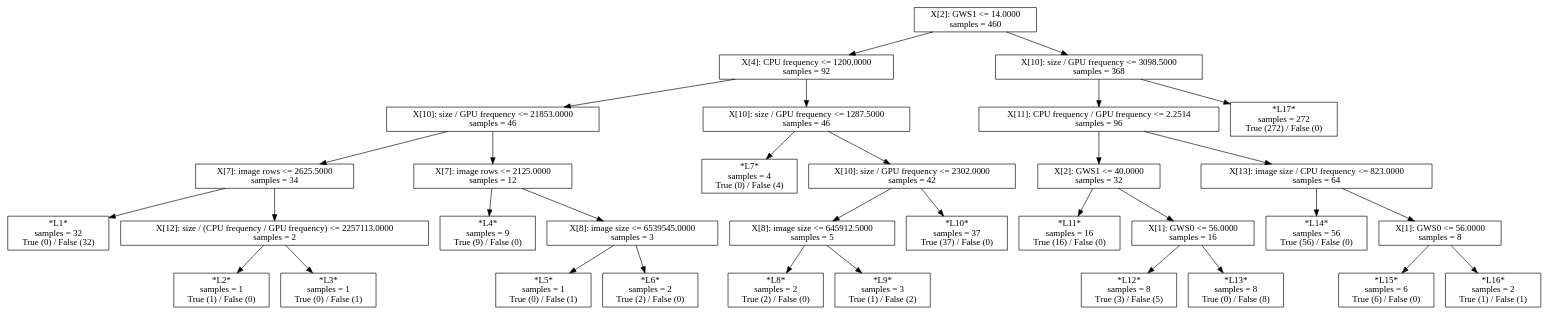
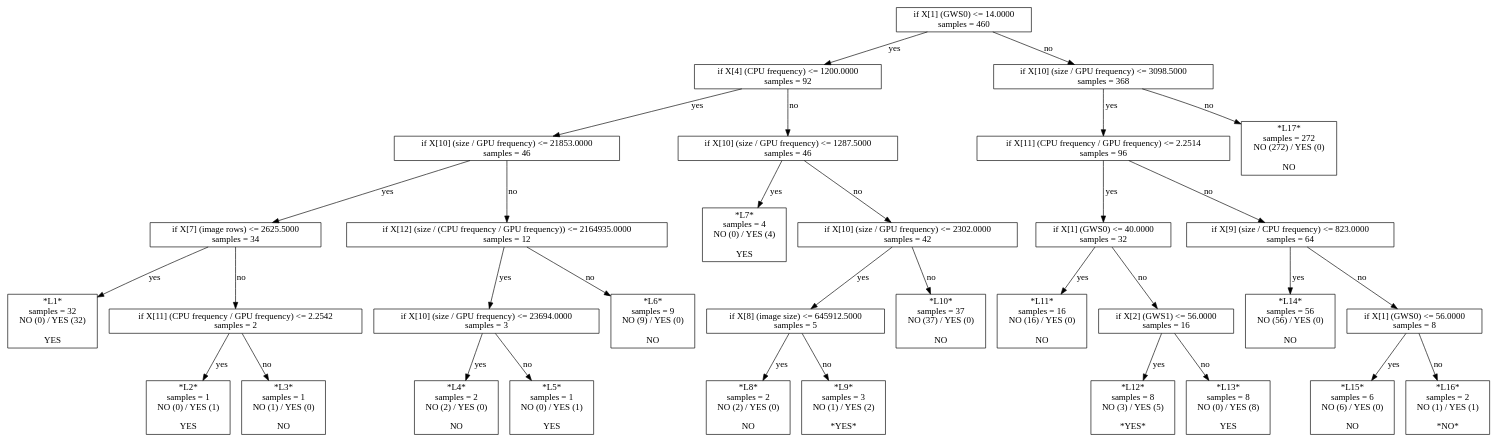
The diagram in script/reproduce-hog-modeling/t628-third-set-of-features-depth5/model-sklearn-dtc.model.dot (ctuning/reproduce-ck-paper-large-experiments), drawn with Graphviz before and after one commit. The commit also changed 199 other files, not shown here.

```diff
--- a/script/reproduce-hog-modeling/t628-third-set-of-features-depth5/model-sklearn-dtc.model.dot
+++ b/script/reproduce-hog-modeling/t628-third-set-of-features-depth5/model-sklearn-dtc.model.dot
@@ -1,67 +1,67 @@
 digraph Tree {
-0 [label="X[2]: GWS1 <= 14.0000\nsamples = 460", shape="box"] ;
-1 [label="X[4]: CPU frequency <= 1200.0000\nsamples = 92", shape="box"] ;
-0 -> 1 ;
-2 [label="X[10]: size / GPU frequency <= 21853.0000\nsamples = 46", shape="box"] ;
-1 -> 2 ;
-3 [label="X[7]: image rows <= 2625.5000\nsamples = 34", shape="box"] ;
-2 -> 3 ;
-4 [label="*L1*\nsamples = 32\nTrue (0) / False (32)", shape="box"] ;
-3 -> 4 ;
-5 [label="X[12]: size / (CPU frequency / GPU frequency) <= 2257113.0000\nsamples = 2", shape="box"] ;
-3 -> 5 ;
-6 [label="*L2*\nsamples = 1\nTrue (1) / False (0)", shape="box"] ;
-5 -> 6 ;
-7 [label="*L3*\nsamples = 1\nTrue (0) / False (1)", shape="box"] ;
-5 -> 7 ;
-8 [label="X[7]: image rows <= 2125.0000\nsamples = 12", shape="box"] ;
-2 -> 8 ;
-9 [label="*L4*\nsamples = 9\nTrue (9) / False (0)", shape="box"] ;
-8 -> 9 ;
-10 [label="X[8]: image size <= 6539545.0000\nsamples = 3", shape="box"] ;
-8 -> 10 ;
-11 [label="*L5*\nsamples = 1\nTrue (0) / False (1)", shape="box"] ;
-10 -> 11 ;
-12 [label="*L6*\nsamples = 2\nTrue (2) / False (0)", shape="box"] ;
-10 -> 12 ;
-13 [label="X[10]: size / GPU frequency <= 1287.5000\nsamples = 46", shape="box"] ;
-1 -> 13 ;
-14 [label="*L7*\nsamples = 4\nTrue (0) / False (4)", shape="box"] ;
-13 -> 14 ;
-15 [label="X[10]: size / GPU frequency <= 2302.0000\nsamples = 42", shape="box"] ;
-13 -> 15 ;
-16 [label="X[8]: image size <= 645912.5000\nsamples = 5", shape="box"] ;
-15 -> 16 ;
-17 [label="*L8*\nsamples = 2\nTrue (2) / False (0)", shape="box"] ;
-16 -> 17 ;
-18 [label="*L9*\nsamples = 3\nTrue (1) / False (2)", shape="box"] ;
-16 -> 18 ;
-19 [label="*L10*\nsamples = 37\nTrue (37) / False (0)", shape="box"] ;
-15 -> 19 ;
-20 [label="X[10]: size / GPU frequency <= 3098.5000\nsamples = 368", shape="box"] ;
-0 -> 20 ;
-21 [label="X[11]: CPU frequency / GPU frequency <= 2.2514\nsamples = 96", shape="box"] ;
-20 -> 21 ;
-22 [label="X[2]: GWS1 <= 40.0000\nsamples = 32", shape="box"] ;
-21 -> 22 ;
-23 [label="*L11*\nsamples = 16\nTrue (16) / False (0)", shape="box"] ;
-22 -> 23 ;
-24 [label="X[1]: GWS0 <= 56.0000\nsamples = 16", shape="box"] ;
-22 -> 24 ;
-25 [label="*L12*\nsamples = 8\nTrue (3) / False (5)", shape="box"] ;
-24 -> 25 ;
-26 [label="*L13*\nsamples = 8\nTrue (0) / False (8)", shape="box"] ;
-24 -> 26 ;
-27 [label="X[13]: image size / CPU frequency <= 823.0000\nsamples = 64", shape="box"] ;
-21 -> 27 ;
-28 [label="*L14*\nsamples = 56\nTrue (56) / False (0)", shape="box"] ;
-27 -> 28 ;
-29 [label="X[1]: GWS0 <= 56.0000\nsamples = 8", shape="box"] ;
-27 -> 29 ;
-30 [label="*L15*\nsamples = 6\nTrue (6) / False (0)", shape="box"] ;
-29 -> 30 ;
-31 [label="*L16*\nsamples = 2\nTrue (1) / False (1)", shape="box"] ;
-29 -> 31 ;
-32 [label="*L17*\nsamples = 272\nTrue (272) / False (0)", shape="box"] ;
-20 -> 32 ;
+0 [label="if X[1] (GWS0) <= 14.0000\nsamples = 460", shape="box"] ;
+1 [label="if X[4] (CPU frequency) <= 1200.0000\nsamples = 92", shape="box"] ;
+0 -> 1 [label="yes"];
+2 [label="if X[10] (size / GPU frequency) <= 21853.0000\nsamples = 46", shape="box"] ;
+1 -> 2 [label="yes"];
+3 [label="if X[7] (image rows) <= 2625.5000\nsamples = 34", shape="box"] ;
+2 -> 3 [label="yes"];
+4 [label="*L1*\nsamples = 32\nNO (0) / YES (32)\n\nYES", shape="box"] ;
+3 -> 4 [label="yes"];
+5 [label="if X[11] (CPU frequency / GPU frequency) <= 2.2542\nsamples = 2", shape="box"] ;
+3 -> 5 [label="no"];
+6 [label="*L2*\nsamples = 1\nNO (0) / YES (1)\n\nYES", shape="box"] ;
+5 -> 6 [label="yes"];
+7 [label="*L3*\nsamples = 1\nNO (1) / YES (0)\n\nNO", shape="box"] ;
+5 -> 7 [label="no"];
+8 [label="if X[12] (size / (CPU frequency / GPU frequency)) <= 2164935.0000\nsamples = 12", shape="box"] ;
+2 -> 8 [label="no"];
+9 [label="if X[10] (size / GPU frequency) <= 23694.0000\nsamples = 3", shape="box"] ;
+8 -> 9 [label="yes"];
+10 [label="*L4*\nsamples = 2\nNO (2) / YES (0)\n\nNO", shape="box"] ;
+9 -> 10 [label="yes"];
+11 [label="*L5*\nsamples = 1\nNO (0) / YES (1)\n\nYES", shape="box"] ;
+9 -> 11 [label="no"];
+12 [label="*L6*\nsamples = 9\nNO (9) / YES (0)\n\nNO", shape="box"] ;
+8 -> 12 [label="no"];
+13 [label="if X[10] (size / GPU frequency) <= 1287.5000\nsamples = 46", shape="box"] ;
+1 -> 13 [label="no"];
+14 [label="*L7*\nsamples = 4\nNO (0) / YES (4)\n\nYES", shape="box"] ;
+13 -> 14 [label="yes"];
+15 [label="if X[10] (size / GPU frequency) <= 2302.0000\nsamples = 42", shape="box"] ;
+13 -> 15 [label="no"];
+16 [label="if X[8] (image size) <= 645912.5000\nsamples = 5", shape="box"] ;
+15 -> 16 [label="yes"];
+17 [label="*L8*\nsamples = 2\nNO (2) / YES (0)\n\nNO", shape="box"] ;
+16 -> 17 [label="yes"];
+18 [label="*L9*\nsamples = 3\nNO (1) / YES (2)\n\n*YES*", shape="box"] ;
+16 -> 18 [label="no"];
+19 [label="*L10*\nsamples = 37\nNO (37) / YES (0)\n\nNO", shape="box"] ;
+15 -> 19 [label="no"];
+20 [label="if X[10] (size / GPU frequency) <= 3098.5000\nsamples = 368", shape="box"] ;
+0 -> 20 [label="no"];
+21 [label="if X[11] (CPU frequency / GPU frequency) <= 2.2514\nsamples = 96", shape="box"] ;
+20 -> 21 [label="yes"];
+22 [label="if X[1] (GWS0) <= 40.0000\nsamples = 32", shape="box"] ;
+21 -> 22 [label="yes"];
+23 [label="*L11*\nsamples = 16\nNO (16) / YES (0)\n\nNO", shape="box"] ;
+22 -> 23 [label="yes"];
+24 [label="if X[2] (GWS1) <= 56.0000\nsamples = 16", shape="box"] ;
+22 -> 24 [label="no"];
+25 [label="*L12*\nsamples = 8\nNO (3) / YES (5)\n\n*YES*", shape="box"] ;
+24 -> 25 [label="yes"];
+26 [label="*L13*\nsamples = 8\nNO (0) / YES (8)\n\nYES", shape="box"] ;
+24 -> 26 [label="no"];
+27 [label="if X[9] (size / CPU frequency) <= 823.0000\nsamples = 64", shape="box"] ;
+21 -> 27 [label="no"];
+28 [label="*L14*\nsamples = 56\nNO (56) / YES (0)\n\nNO", shape="box"] ;
+27 -> 28 [label="yes"];
+29 [label="if X[1] (GWS0) <= 56.0000\nsamples = 8", shape="box"] ;
+27 -> 29 [label="no"];
+30 [label="*L15*\nsamples = 6\nNO (6) / YES (0)\n\nNO", shape="box"] ;
+29 -> 30 [label="yes"];
+31 [label="*L16*\nsamples = 2\nNO (1) / YES (1)\n\n*NO*", shape="box"] ;
+29 -> 31 [label="no"];
+32 [label="*L17*\nsamples = 272\nNO (272) / YES (0)\n\nNO", shape="box"] ;
+20 -> 32 [label="no"];
 }
```
